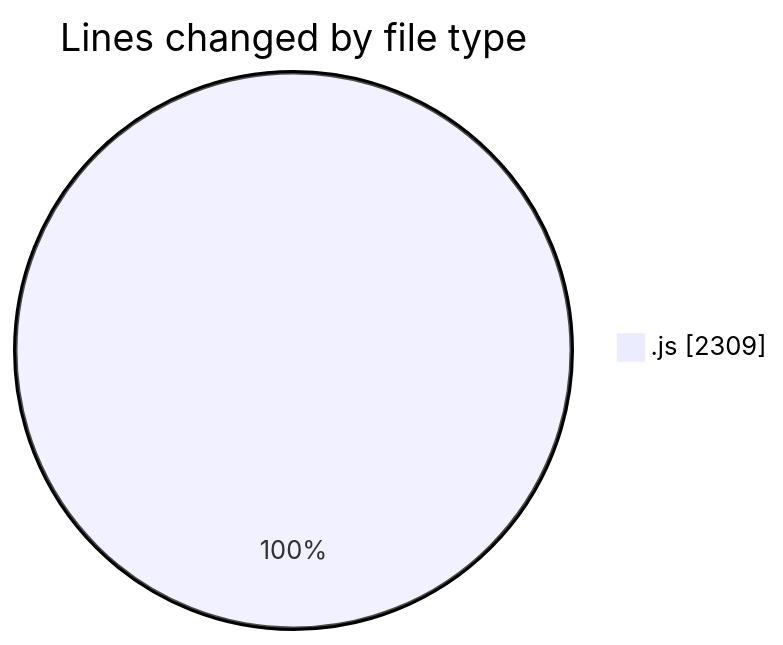
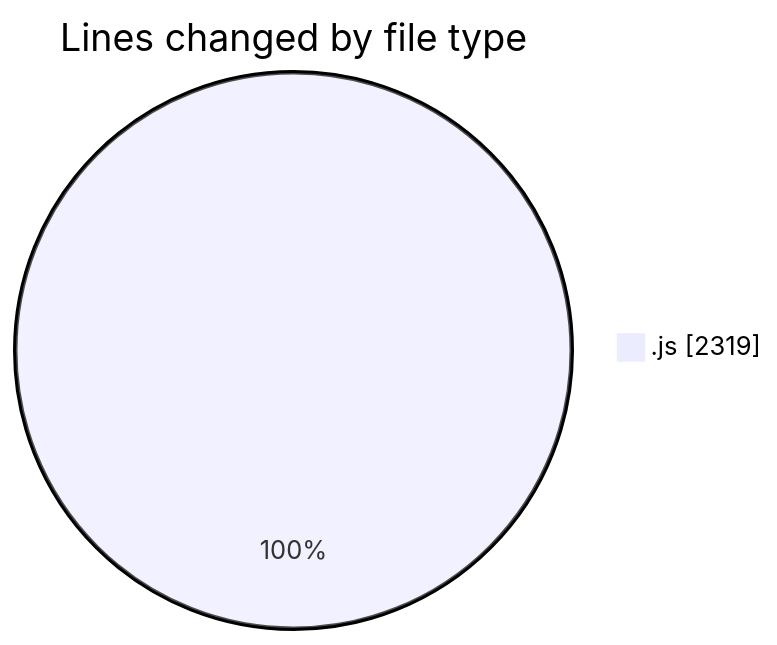
Before and after one commit to nxtqubesakshisongat/code-tracking: the first of 2 diagrams in 2025-12-12/nxtqube_webapp/README.md, drawn with Mermaid. The commit also changed other lines of this file and 1 other file, not shown here.

````diff
--- a/2025-12-12/nxtqube_webapp/README.md
+++ b/2025-12-12/nxtqube_webapp/README.md
@@ -20,5 +20,5 @@
 ```mermaid
 pie showData
 title Lines changed by file type
-".js" : 2309
+".js" : 2319
 ```
````
